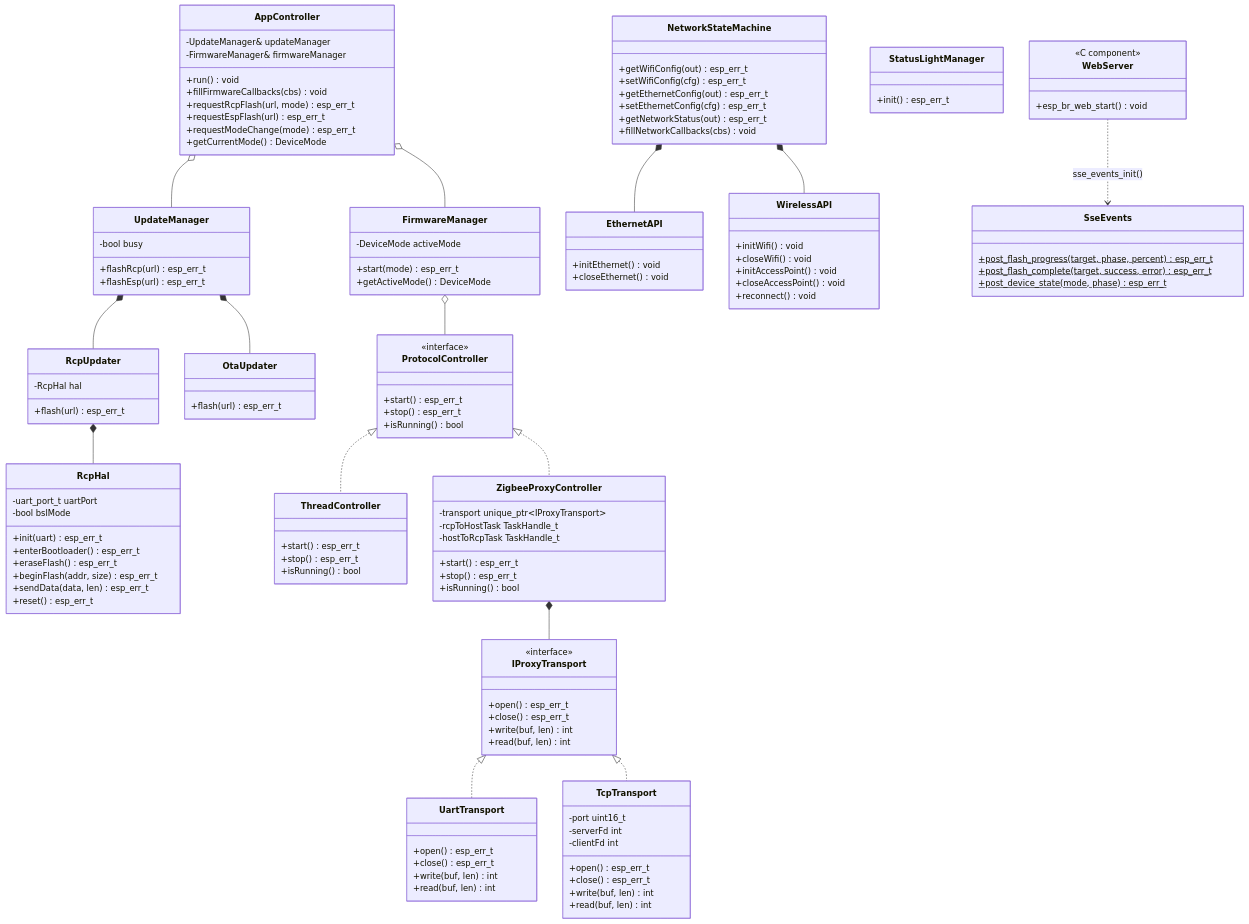
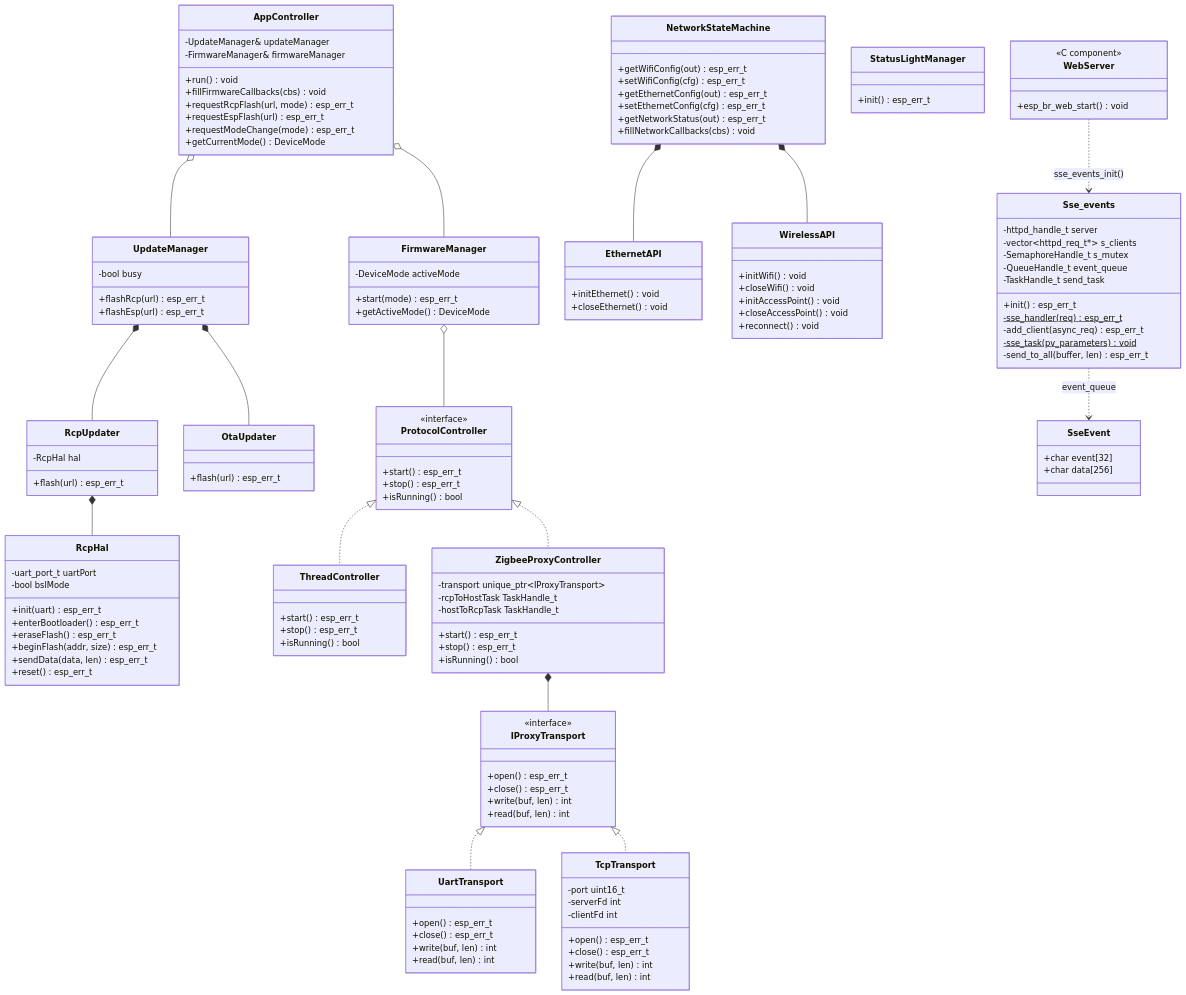
Before and after one commit to codm/czc-unified: the first of 2 diagrams in README.md, drawn with Mermaid. The commit also changed other lines of this file and 2 other files, not shown here.

````diff
--- a/README.md
+++ b/README.md
@@ -488,10 +498,21 @@
         +init() esp_err_t
     }
 
-    class SseEvents {
-        +post_flash_progress(target, phase, percent)$ esp_err_t
-        +post_flash_complete(target, success, error)$ esp_err_t
-        +post_device_state(mode, phase)$ esp_err_t
+    class Sse_events {
+        -httpd_handle_t server
+        -vector~httpd_req_t*~ s_clients
+        -SemaphoreHandle_t s_mutex
+        -QueueHandle_t event_queue
+        -TaskHandle_t send_task
+        +init() esp_err_t
+        -sse_handler(req)$ esp_err_t
+        -add_client(async_req) esp_err_t
+        -sse_task(pv_parameters)$ void
+        -send_to_all(buffer, len) esp_err_t
+    }
+    class SseEvent {
+        +char event[32]
+        +char data[256]
     }
     class WebServer {
         <<C component>>
@@ -515,5 +536,6 @@
     NetworkStateMachine *-- EthernetAPI
     NetworkStateMachine *-- WirelessAPI
 
-    WebServer ..> SseEvents : sse_events_init()
+    WebServer ..> Sse_events : sse_events_init()
+    Sse_events ..> SseEvent : event_queue
 ```
````
